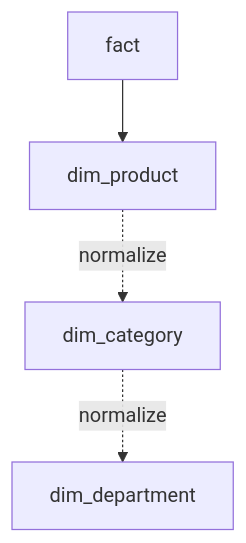
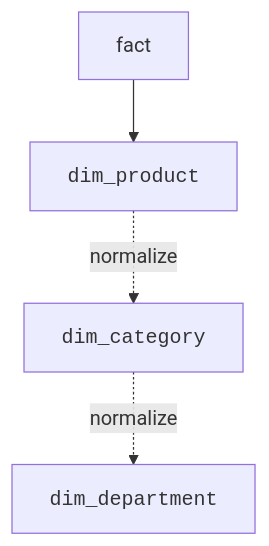
The diagram in content/interview/data-engineer/data-modeling.mdx (dataslope/dataslope), drawn with Mermaid before and after one commit. The commit also changed 65 other files, not shown here.

First line of the commit message:
Set code in every mermaid label in the mono face

````diff
--- a/content/interview/data-engineer/data-modeling.mdx
+++ b/content/interview/data-engineer/data-modeling.mdx
@@ -56,6 +56,6 @@
 ```mermaid
 flowchart TD
-  f["fact"] --> p["dim_product"]
-  p -. normalize .-> c["dim_category"]
-  c -. normalize .-> d["dim_department"]
+  f["fact"] --> p["<code>dim_product</code>"]
+  p -. normalize .-> c["<code>dim_category</code>"]
+  c -. normalize .-> d["<code>dim_department</code>"]
 ```
````
